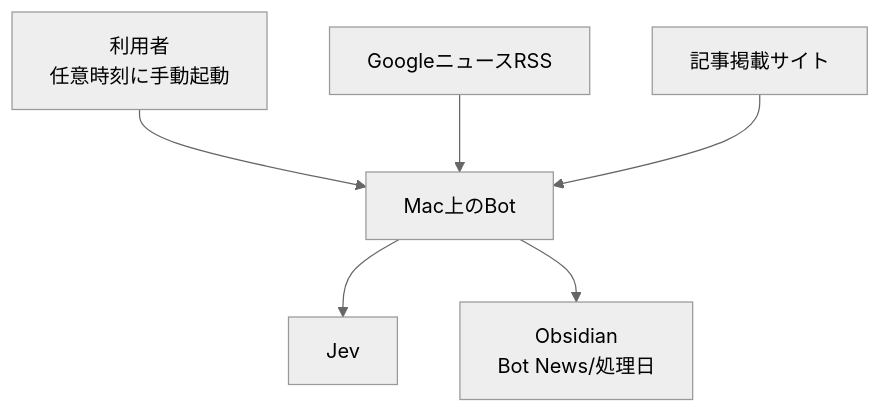
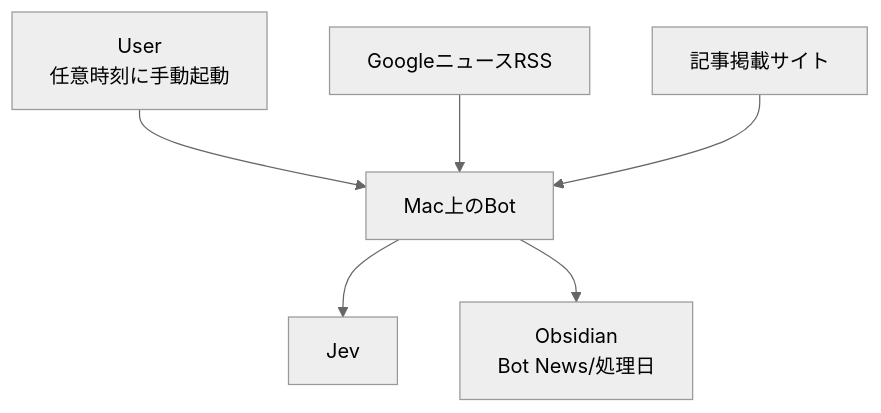
The first of 2 diagrams in docs/design/05_ARCHITECTURE_DESIGN.md (t-oikawa-sendai/jev-news-selector), drawn with Mermaid (neutral theme) before and after one commit. The commit also changed other lines of this file and 13 other files, not shown here.

````diff
--- a/docs/design/05_ARCHITECTURE_DESIGN.md
+++ b/docs/design/05_ARCHITECTURE_DESIGN.md
@@ -73,8 +73,8 @@
 ```mermaid
 flowchart TD
-    user["利用者<br/>任意時刻に手動起動"] --> bot["Mac上のBot"]
+    user["User<br/>任意時刻に手動起動"] --> bot["Mac上のBot"]
     rss["GoogleニュースRSS"] --> bot
     site["記事掲載サイト"] --> bot
     bot --> jev["Jev"]
     bot --> vault["Obsidian<br/>Bot News/処理日"]
 ```
````
